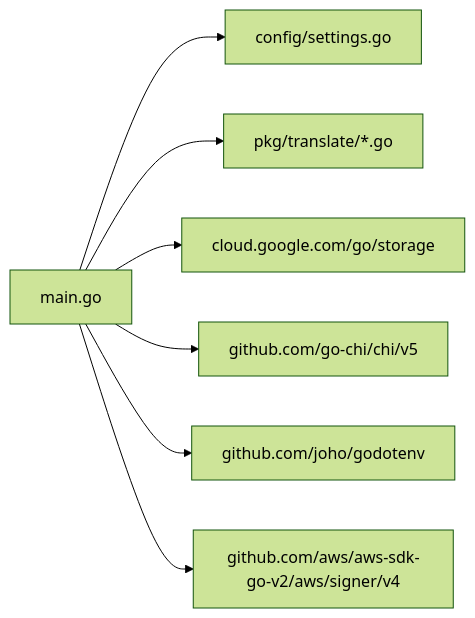
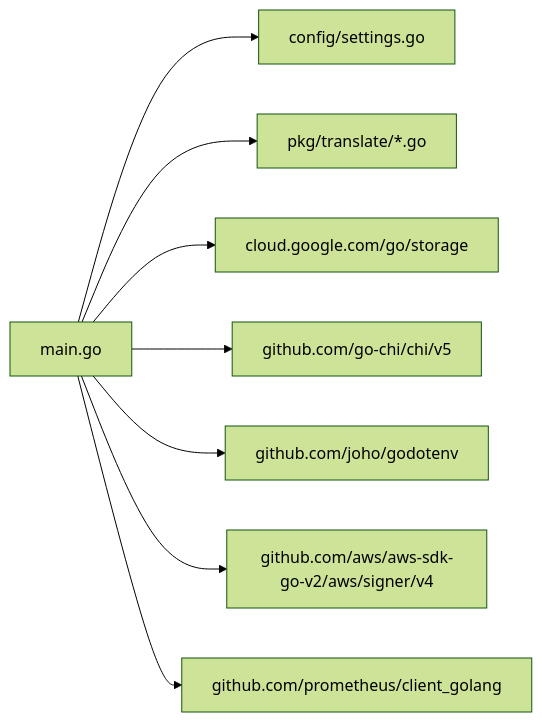
The fourth of 5 diagrams in .qoder/repowiki/zh/content/部署与运维.md (flying1574/S3Proxy4GCS), drawn with Mermaid (forest theme) before and after one commit. The commit also changed other lines of this file and 5 other files, not shown here.

````diff
--- a/.qoder/repowiki/zh/content/部署与运维.md
+++ b/.qoder/repowiki/zh/content/部署与运维.md
@@ -234,9 +255,10 @@
 ```mermaid
 graph LR
 A["main.go"] --> B["config/settings.go"]
 A --> C["pkg/translate/*.go"]
 A --> D["cloud.google.com/go/storage"]
 A --> E["github.com/go-chi/chi/v5"]
 A --> F["github.com/joho/godotenv"]
 A --> G["github.com/aws/aws-sdk-go-v2/aws/signer/v4"]
+A --> H["github.com/prometheus/client_golang"]
 ```
````
